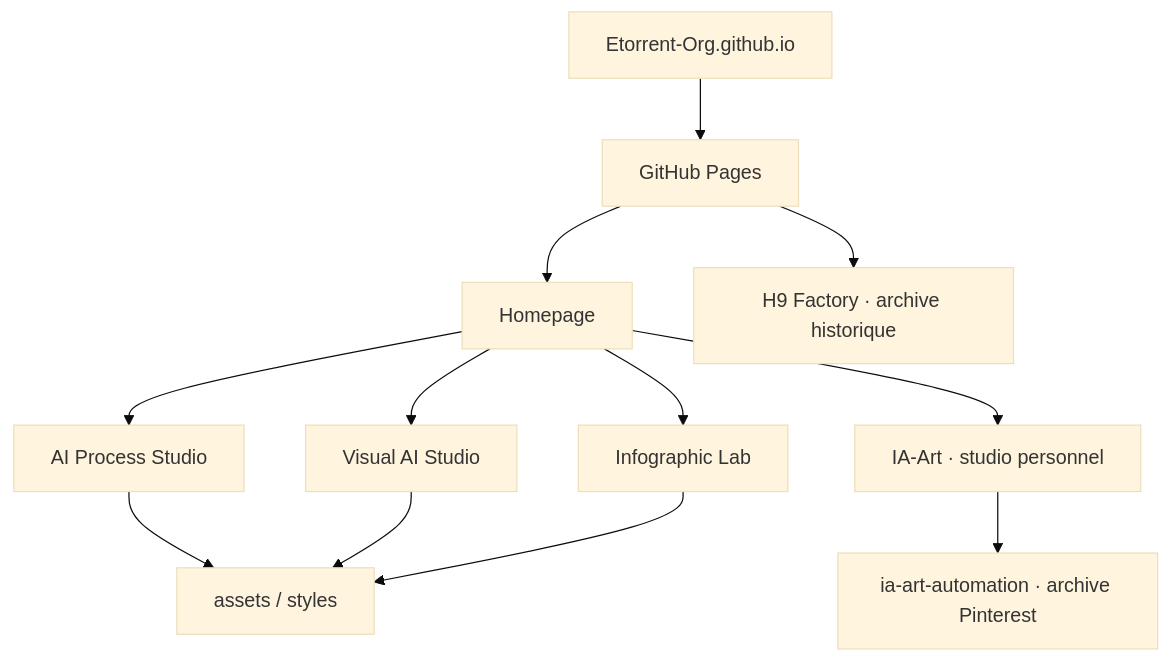
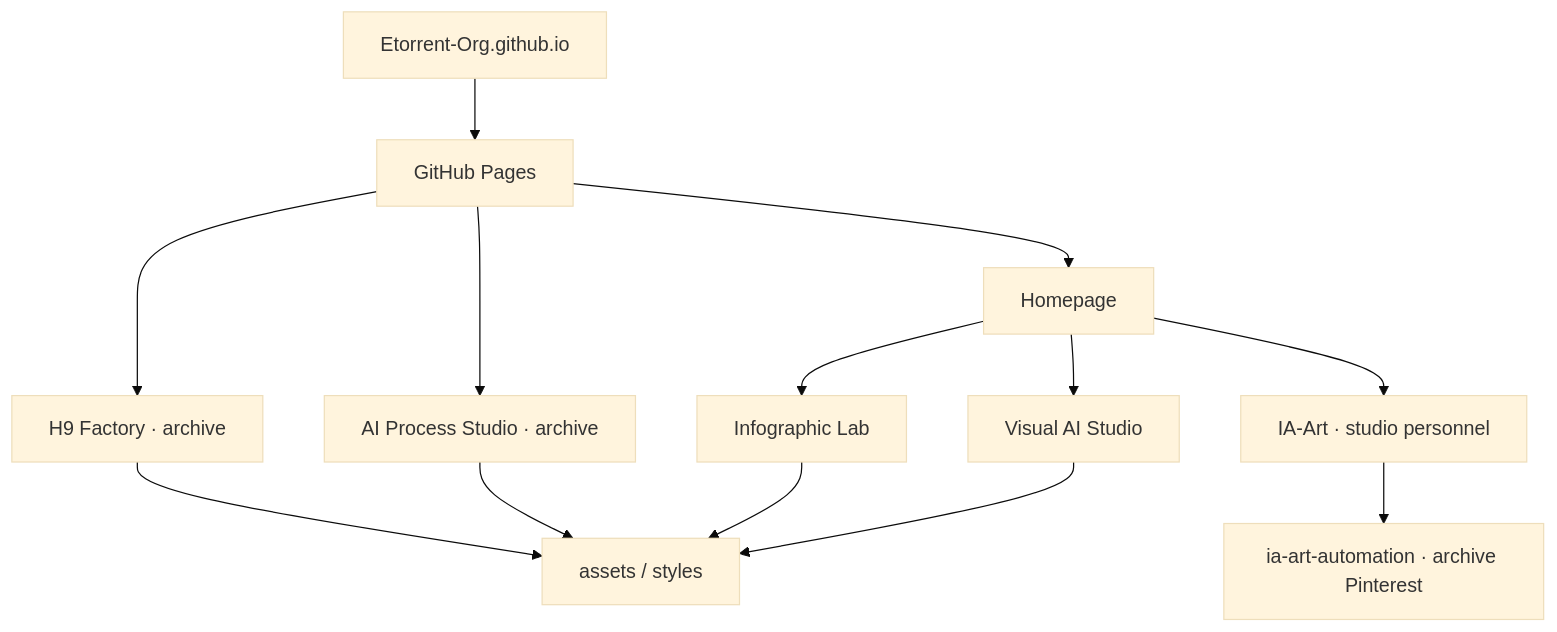
The diagram in ARCHITECTURE.md (Etorrent-Org/Etorrent-Org.github.io), drawn with Mermaid (base theme) before and after one commit. The commit also changed other lines of this file, not shown here.

Commit message:
docs: classe AI Process Studio parmi les archives

````diff
--- a/ARCHITECTURE.md
+++ b/ARCHITECTURE.md
@@ -5,14 +5,15 @@
 ```mermaid
 flowchart TD
     G[Etorrent-Org.github.io] --> P[GitHub Pages]
     P --> H[Homepage]
-    H --> A[AI Process Studio]
     H --> V[Visual AI Studio]
     H --> I[Infographic Lab]
     H --> IA[IA-Art · studio personnel]
-    P --> F[H9 Factory · archive historique]
-    A --> AS[assets / styles]
-    V --> AS
+    P --> A[AI Process Studio · archive]
+    P --> F[H9 Factory · archive]
+    V --> AS[assets / styles]
     I --> AS
     IA --> EXT[ia-art-automation · archive Pinterest]
+    A --> AS
+    F --> AS
 ```
````
